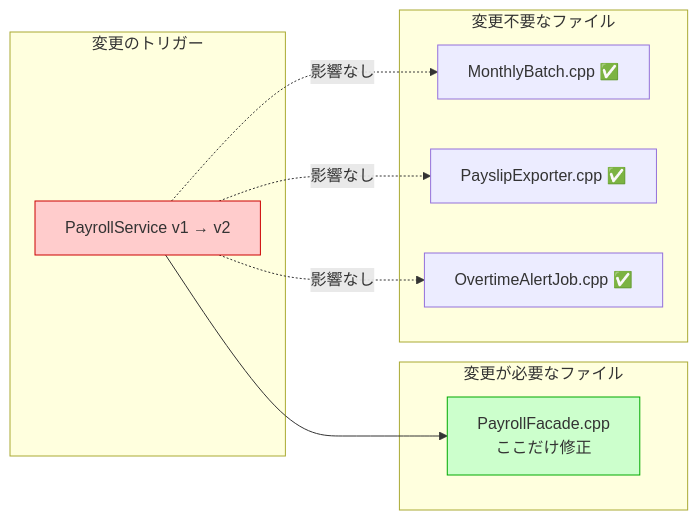
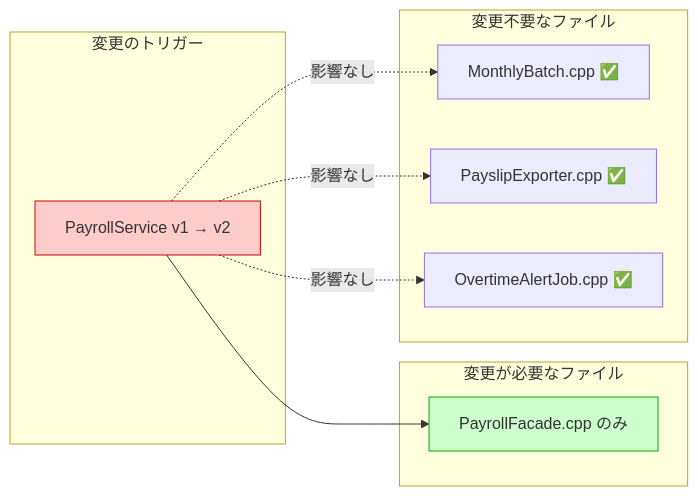
The sixth of 6 diagrams in files/kindle/design-patterns/output/chapter02.md (kumachan1101-pixel/DesignPattern), drawn with Mermaid before and after one commit. The commit also changed other lines of this file, not shown here.

````diff
--- a/files/kindle/design-patterns/output/chapter02.md
+++ b/files/kindle/design-patterns/output/chapter02.md
@@ -751,21 +785,21 @@
 ```mermaid
 graph LR
     subgraph 変更のトリガー
         T[PayrollService v1 → v2]
     end
     subgraph 変更が必要なファイル
-        F[PayrollFacade.cpp<br/>ここだけ修正]
+        F[PayrollFacade.cpp のみ]
     end
     subgraph 変更不要なファイル
         A[MonthlyBatch.cpp ✅]
         B[PayslipExporter.cpp ✅]
         C[OvertimeAlertJob.cpp ✅]
     end
     T --> F
     T -. 影響なし .-> A
     T -. 影響なし .-> B
     T -. 影響なし .-> C
 
     style T fill:#ffcccc,stroke:#cc0000
     style F fill:#ccffcc,stroke:#00aa00
 ```
````
